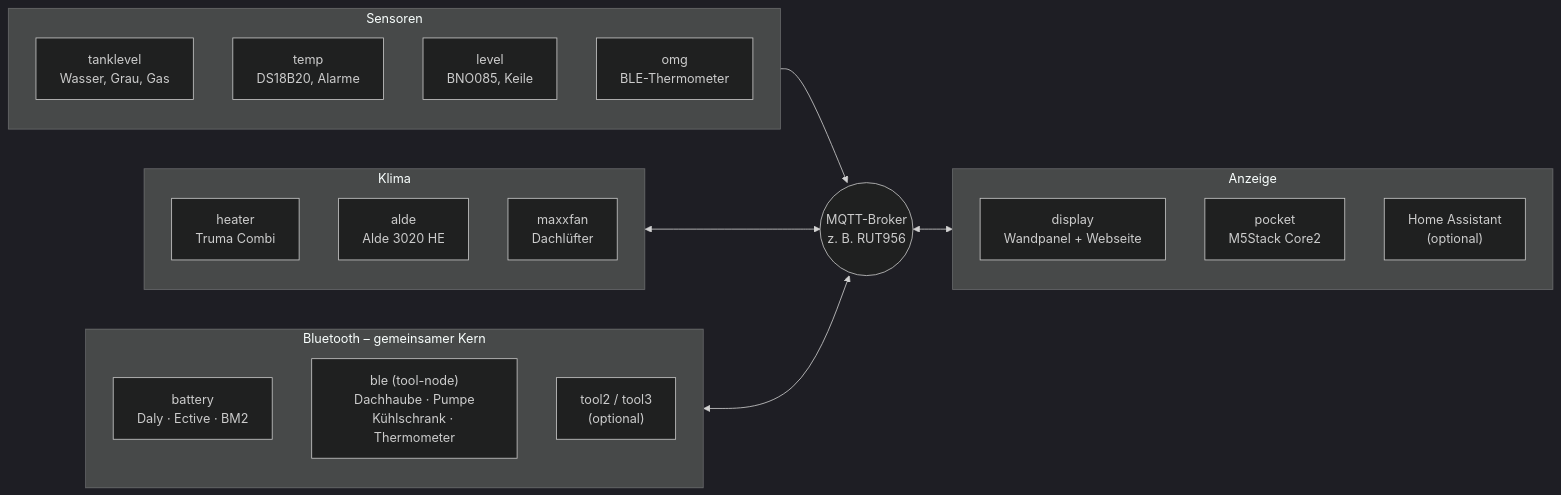
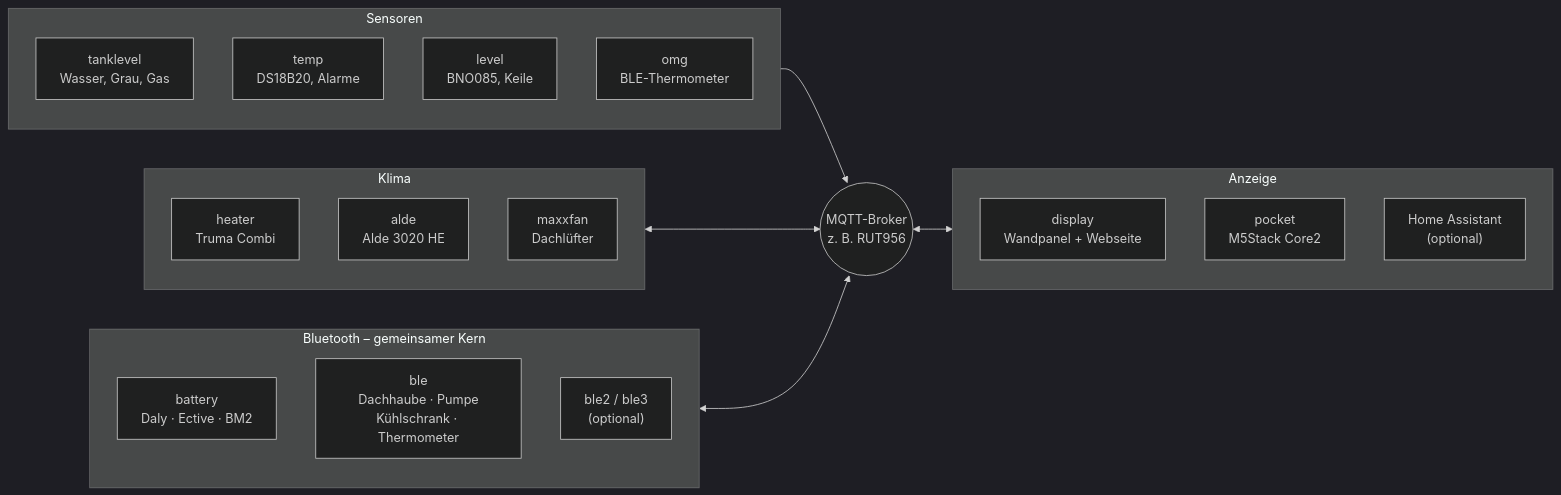
Before and after one commit to hflocki/vannode: the diagram in README.md, drawn with Mermaid (dark theme). The commit also changed other lines of this file and 39 other files, not shown here.

Commit message:
ble: rename tool-node to ble-node (topic camper/ble, firmware id ble); display: follow the rename; battery: shared core update

````diff
--- a/README.md
+++ b/README.md
@@ -27,33 +27,33 @@
 ```mermaid
 flowchart LR
   subgraph sens["Sensoren"]
     direction TB
     tank["tanklevel<br/>Wasser, Grau, Gas"]
     temp["temp<br/>DS18B20, Alarme"]
     level["level<br/>BNO085, Keile"]
     omg["omg<br/>BLE-Thermometer"]
   end
   subgraph clim["Klima"]
     direction TB
     heater["heater<br/>Truma Combi"]
     alde["alde<br/>Alde 3020 HE"]
     fan["maxxfan<br/>Dachlüfter"]
   end
   subgraph ble["Bluetooth – gemeinsamer Kern"]
     direction TB
     bat["battery<br/>Daly · Ective · BM2"]
-    tool["ble (tool-node)<br/>Dachhaube · Pumpe<br/>Kühlschrank · Thermometer"]
-    more["tool2 / tool3<br/>(optional)"]
+    tool["ble<br/>Dachhaube · Pumpe<br/>Kühlschrank · Thermometer"]
+    more["ble2 / ble3<br/>(optional)"]
   end
   broker(("MQTT-Broker<br/>z. B. RUT956"))
   subgraph ui["Anzeige"]
     direction TB
     display["display<br/>Wandpanel + Webseite"]
     rb["pocket<br/>M5Stack Core2"]
     ha["Home Assistant<br/>(optional)"]
   end
   sens --> broker
   clim <--> broker
   ble <--> broker
   broker <--> ui
 ```
````
